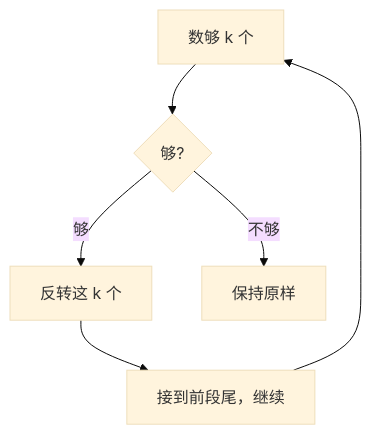
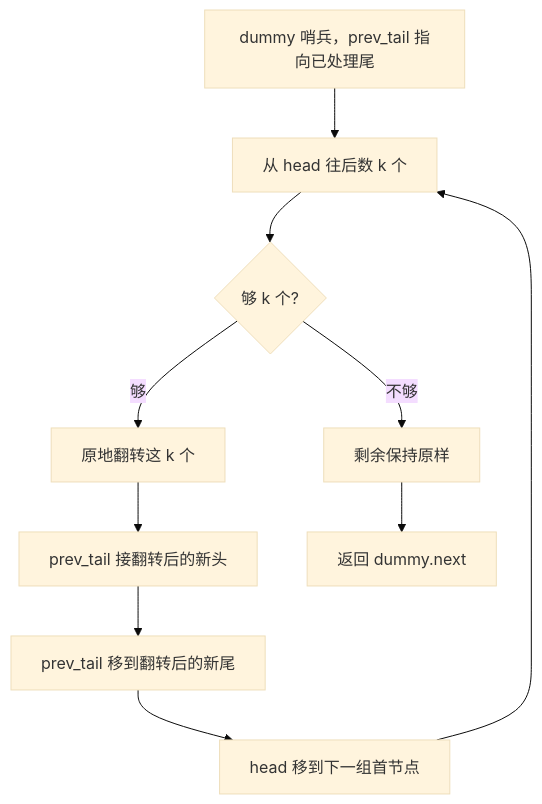
The first of 2 diagrams in 08-链表/0025-K_个一组翻转链表.md (OctalZero/hot100-py), drawn with Mermaid (base theme) before and after one commit. The commit also changed other lines of this file and 117 other files, not shown here.

First line of the commit message:
feat: 全题解配图升级为「动画式 mermaid」（总览骨架 + 横向时间线逐步推演）

````diff
--- a/08-链表/0025-K_个一组翻转链表.md
+++ b/08-链表/0025-K_个一组翻转链表.md
@@ -5,8 +5,12 @@
 ```mermaid
 flowchart TD
-    A["数够 k 个"] --> B{"够?"}
-    B -- "够" --> C["反转这 k 个"]
-    C --> D["接到前段尾，继续"]
-    D --> A
-    B -- "不够" --> E["保持原样"]
+    A["dummy 哨兵，prev_tail 指向已处理尾"] --> B["从 head 往后数 k 个"]
+    B --> C{"够 k 个?"}
+    C -->|"够"| D["原地翻转这 k 个"]
+    D --> E["prev_tail 接翻转后的新头"]
+    E --> F["prev_tail 移到翻转后的新尾"]
+    F --> G["head 移到下一组首节点"]
+    G --> B
+    C -->|"不够"| H["剩余保持原样"]
+    H --> I["返回 dummy.next"]
 ```
````
